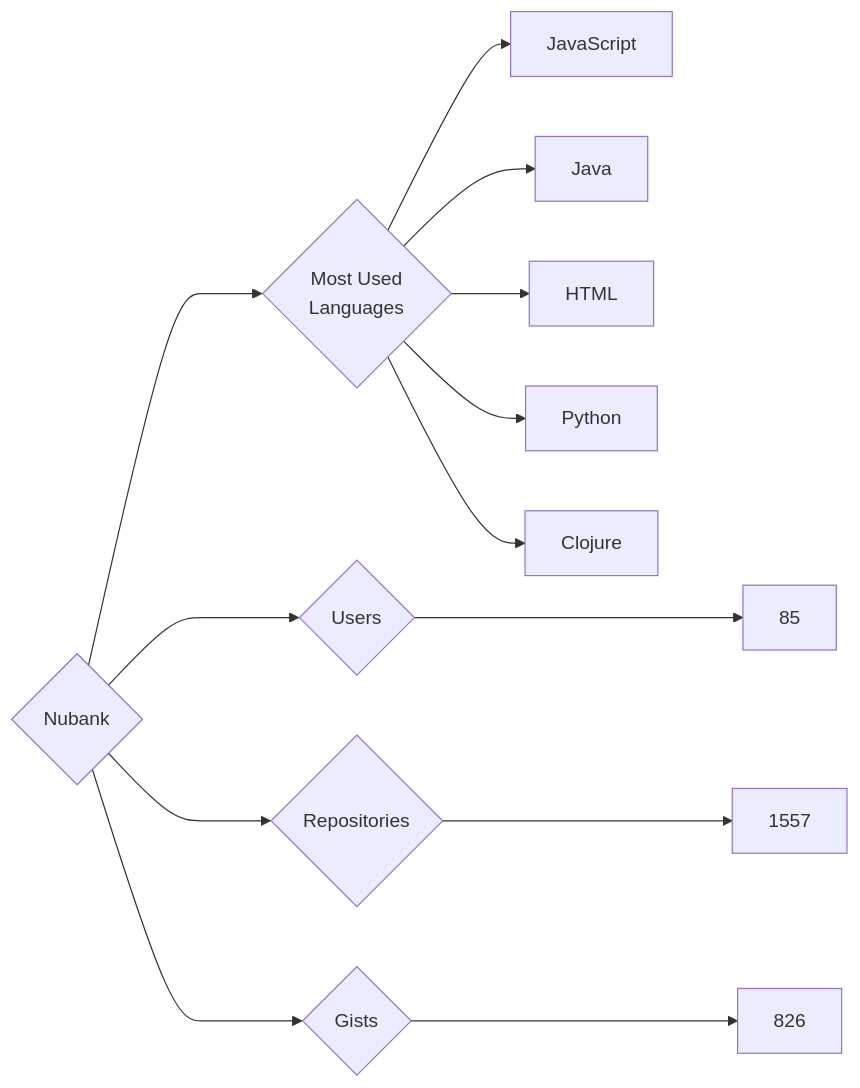
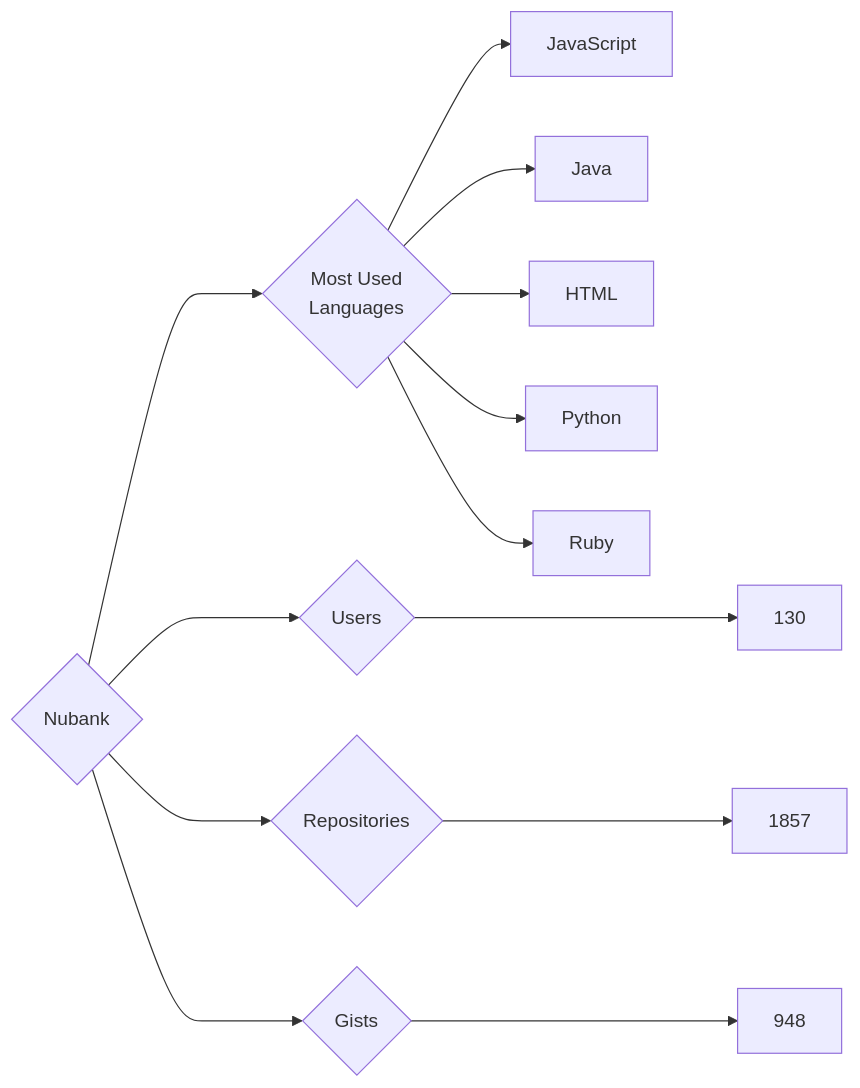
The diagram in targets/Nubank/README.md (trickest/insiders), drawn with Mermaid before and after one commit. The commit also changed 969 other files, not shown here.

````diff
--- a/targets/Nubank/README.md
+++ b/targets/Nubank/README.md
@@ -3,13 +3,13 @@
 ```mermaid
 graph LR
 COMPANY_NAME{Nubank}
-COMPANY_NAME ---> U{Users} ---> UN[85]
-COMPANY_NAME ---> R{Repositories} ---> RN[1557]
-COMPANY_NAME ---> G{Gists} ---> GN[826]
+COMPANY_NAME ---> U{Users} ---> UN[130]
+COMPANY_NAME ---> R{Repositories} ---> RN[1857]
+COMPANY_NAME ---> G{Gists} ---> GN[948]
 COMPANY_NAME ---> ML{Most Used<br>Languages}
 ML --> JavaScript[JavaScript]
 ML --> Java[Java]
 ML --> HTML[HTML]
 ML --> Python[Python]
-ML --> Clojure[Clojure]
+ML --> Ruby[Ruby]
 ```
````
